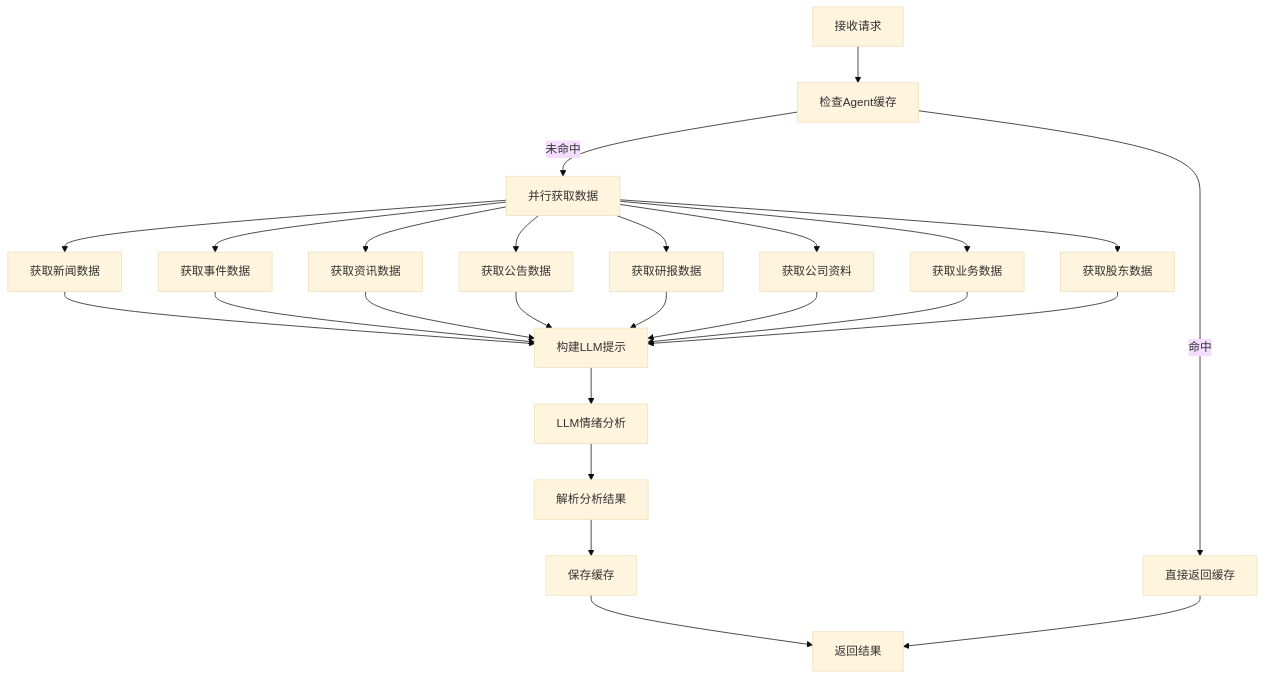
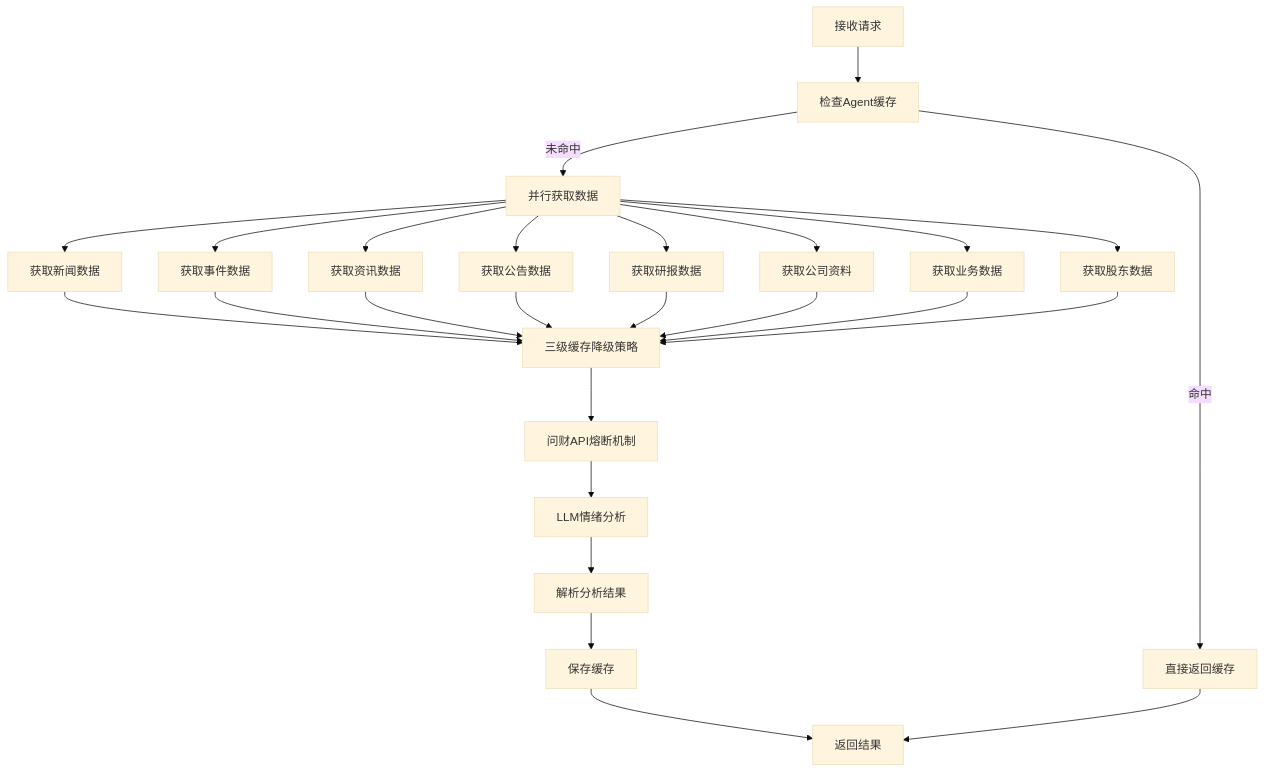
Before and after one commit to Moruime/stock_foker: the sixth of 11 diagrams in .qoder/repowiki/zh/content/前端组件/页面组件/情绪页面增强功能.md, drawn with Mermaid (base theme). The commit also changed other lines of this file and 22 other files, not shown here.

````diff
--- a/.qoder/repowiki/zh/content/前端组件/页面组件/情绪页面增强功能.md
+++ b/.qoder/repowiki/zh/content/前端组件/页面组件/情绪页面增强功能.md
@@ -253,27 +278,28 @@
 ```mermaid
 flowchart TD
 A[接收请求] --> B[检查Agent缓存]
 B --> |命中| C[直接返回缓存]
 B --> |未命中| D[并行获取数据]
 D --> E[获取新闻数据]
 D --> F[获取事件数据]
 D --> G[获取资讯数据]
 D --> H[获取公告数据]
 D --> I[获取研报数据]
 D --> J[获取公司资料]
 D --> K[获取业务数据]
 D --> L[获取股东数据]
-E --> M[构建LLM提示]
+E --> M[三级缓存降级策略]
 F --> M
 G --> M
 H --> M
 I --> M
 J --> M
 K --> M
 L --> M
-M --> N[LLM情绪分析]
-N --> O[解析分析结果]
-O --> P[保存缓存]
-P --> Q[返回结果]
-C --> Q
+M --> N[问财API熔断机制]
+N --> O[LLM情绪分析]
+O --> P[解析分析结果]
+P --> Q[保存缓存]
+Q --> R[返回结果]
+C --> R
 ```
````
